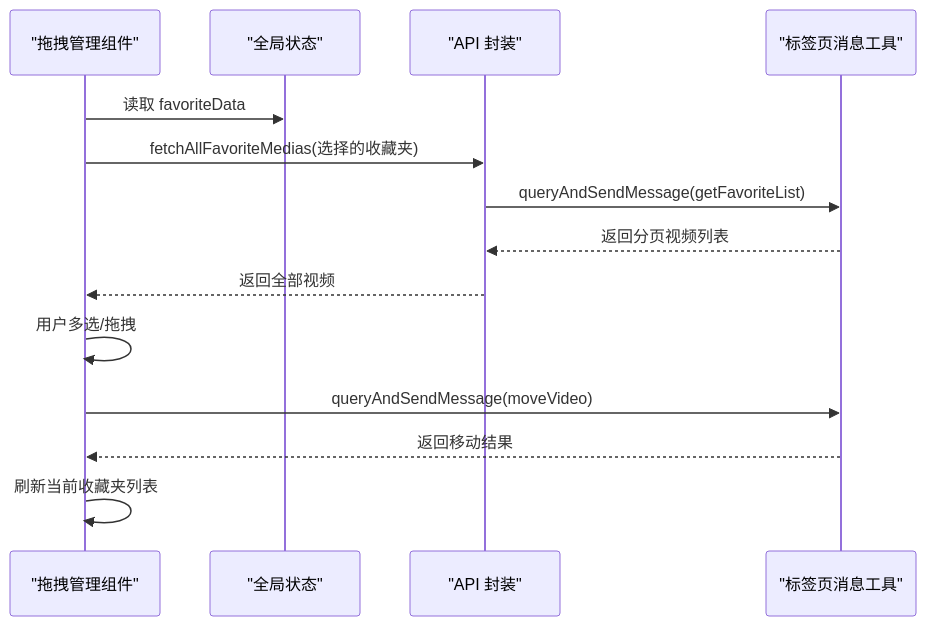
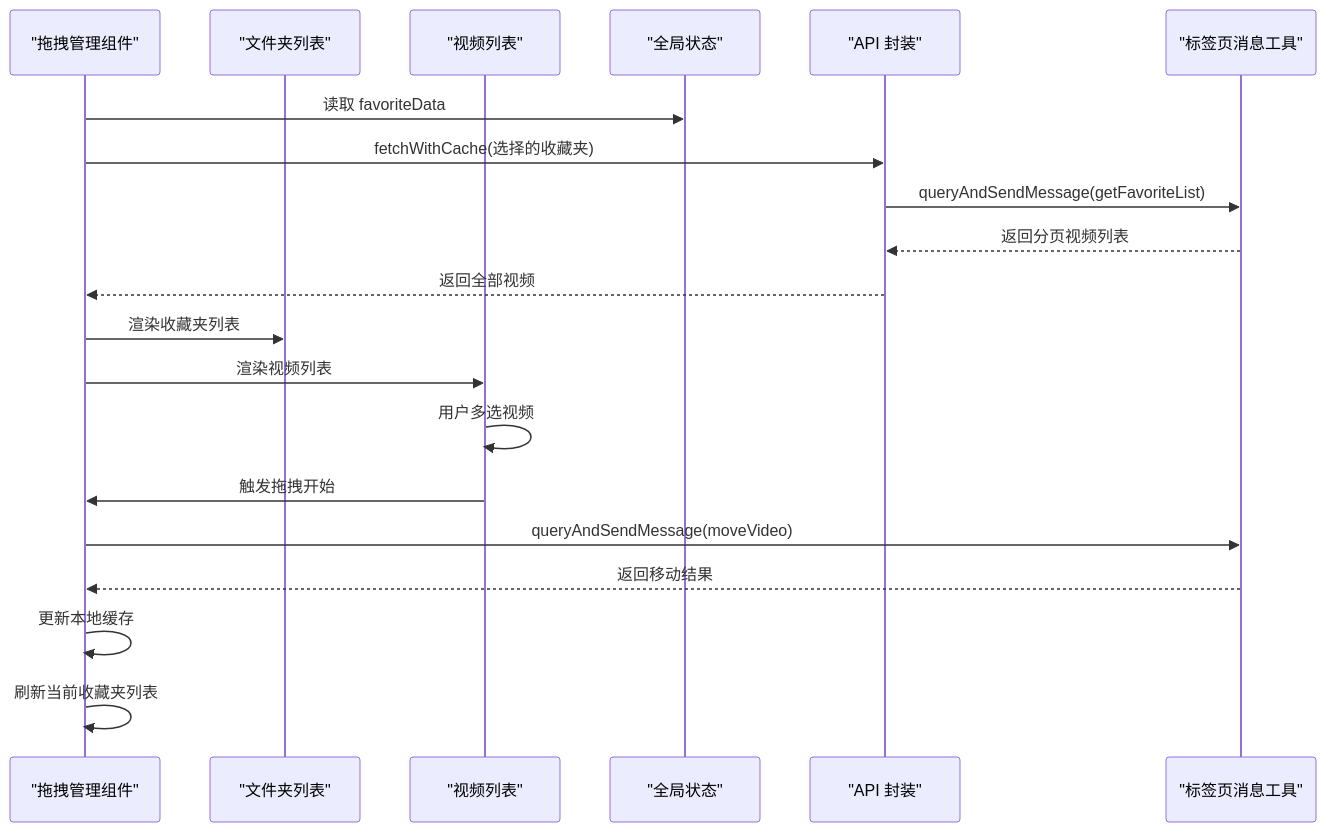
The eighth of 10 diagrams in .qoder/repowiki/zh/content/核心功能模块/收藏夹管理系统.md (RadiumAg/bilibili-favorites), drawn with Mermaid before and after one commit. The commit also changed other lines of this file and 5 other files, not shown here.

````diff
--- a/.qoder/repowiki/zh/content/核心功能模块/收藏夹管理系统.md
+++ b/.qoder/repowiki/zh/content/核心功能模块/收藏夹管理系统.md
@@ -273,16 +349,22 @@
 ```mermaid
 sequenceDiagram
 participant UI as "拖拽管理组件"
+participant FolderList as "文件夹列表"
+participant VideoList as "视频列表"
 participant Store as "全局状态"
 participant API as "API 封装"
 participant Tab as "标签页消息工具"
 UI->>Store : 读取 favoriteData
-UI->>API : fetchAllFavoriteMedias(选择的收藏夹)
+UI->>API : fetchWithCache(选择的收藏夹)
 API->>Tab : queryAndSendMessage(getFavoriteList)
 Tab-->>API : 返回分页视频列表
 API-->>UI : 返回全部视频
-UI->>UI : 用户多选/拖拽
+UI->>FolderList : 渲染收藏夹列表
+UI->>VideoList : 渲染视频列表
+VideoList->>VideoList : 用户多选视频
+VideoList->>UI : 触发拖拽开始
 UI->>Tab : queryAndSendMessage(moveVideo)
 Tab-->>UI : 返回移动结果
+UI->>UI : 更新本地缓存
 UI->>UI : 刷新当前收藏夹列表
 ```
````
